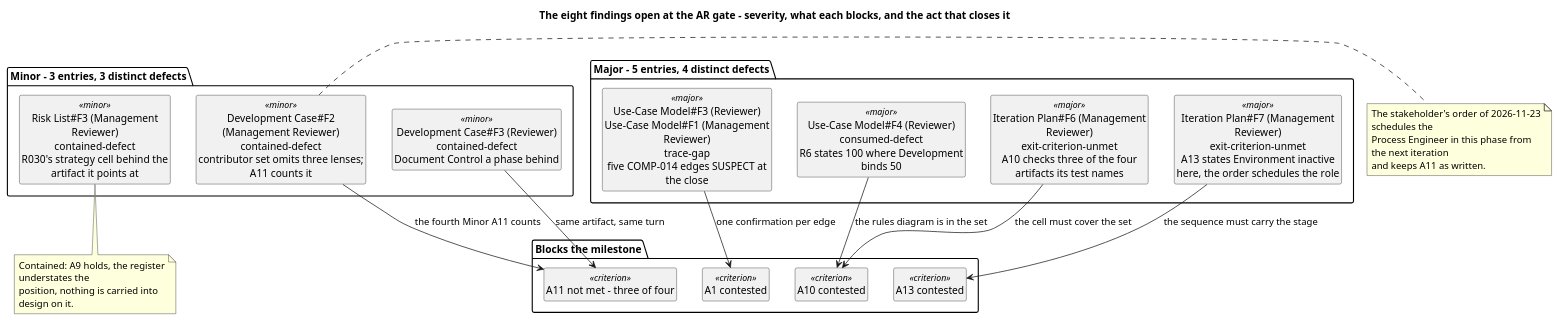
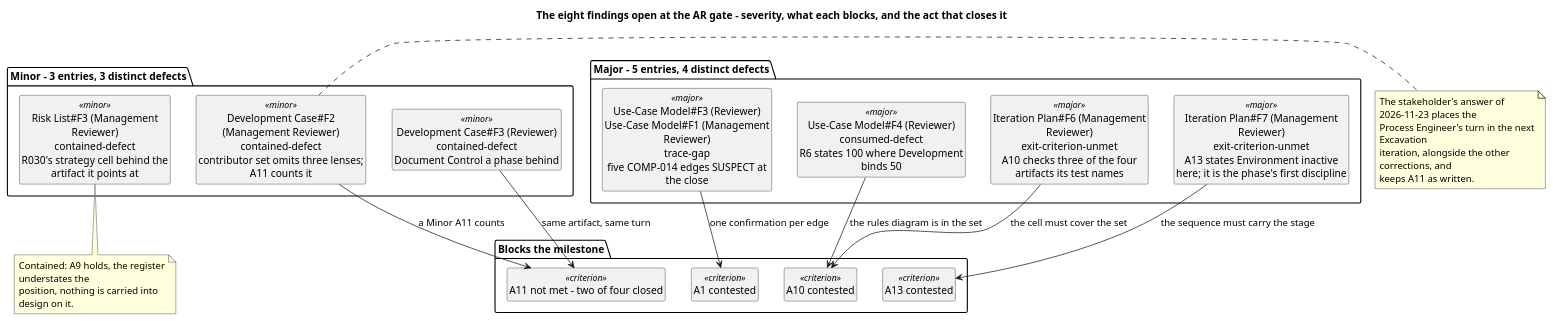
The sixth of 11 diagrams in docs/artifacts/project-management/review-record.md (banense-test/TodoApp), drawn with PlantUML before and after one commit. The commit also changed other lines of this file, not shown here.

First line of the commit message:
Review Coordinator [Excavation2]: upsert Review Record

````diff
--- a/docs/artifacts/project-management/review-record.md
+++ b/docs/artifacts/project-management/review-record.md
@@ -588,49 +588,50 @@
 ```plantuml
 @startuml
 title The eight findings open at the AR gate - severity, what each blocks, and the act that closes it
 
 skinparam shadowing false
 skinparam classAttributeIconSize 0
 skinparam wrapWidth 235
 hide circle
 hide empty members
 
 package "Major - 5 entries, 4 distinct defects" {
   class "Use-Case Model#F3 (Reviewer)\nUse-Case Model#F1 (Management Reviewer)\ntrace-gap\nfive COMP-014 edges SUSPECT at the close" as M1 <<major>>
   class "Use-Case Model#F4 (Reviewer)\nconsumed-defect\nR6 states 100 where Development binds 50" as M2 <<major>>
   class "Iteration Plan#F6 (Management Reviewer)\nexit-criterion-unmet\nA10 checks three of the four artifacts its test names" as M3 <<major>>
-  class "Iteration Plan#F7 (Management Reviewer)\nexit-criterion-unmet\nA13 states Environment inactive here, the order schedules the role" as M4 <<major>>
+  class "Iteration Plan#F7 (Management Reviewer)\nexit-criterion-unmet\nA13 states Environment inactive here; it is the phase's first discipline" as M4 <<major>>
 }
 
 package "Minor - 3 entries, 3 distinct defects" {
   class "Development Case#F2 (Management Reviewer)\ncontained-defect\ncontributor set omits three lenses; A11 counts it" as m1 <<minor>>
   class "Development Case#F3 (Reviewer)\ncontained-defect\nDocument Control a phase behind" as m2 <<minor>>
   class "Risk List#F3 (Management Reviewer)\ncontained-defect\nR030's strategy cell behind the artifact it points at" as m3 <<minor>>
 }
 
 package "Blocks the milestone" {
   class "A1 contested" as A1 <<criterion>>
   class "A10 contested" as A10 <<criterion>>
   class "A13 contested" as A13 <<criterion>>
-  class "A11 not met - three of four" as A11 <<criterion>>
+  class "A11 not met - two of four closed" as A11 <<criterion>>
 }
 
 M1 --> A1 : one confirmation per edge
 M2 --> A10 : the rules diagram is in the set
 M3 --> A10 : the cell must cover the set
 M4 --> A13 : the sequence must carry the stage
-m1 --> A11 : the fourth Minor A11 counts
+m1 --> A11 : a Minor A11 counts
 m2 --> A11 : same artifact, same turn
 
 note right of m1
-  The stakeholder's order of 2026-11-23 schedules the
-  Process Engineer in this phase from the next iteration
-  and keeps A11 as written.
+  The stakeholder's answer of 2026-11-23 places the
+  Process Engineer's turn in the next Excavation
+  iteration, alongside the other corrections, and
+  keeps A11 as written.
 end note
 note bottom of m3
   Contained: A9 holds, the register understates the
   position, nothing is carried into design on it.
 end note
 
 @enduml
 ```
````
